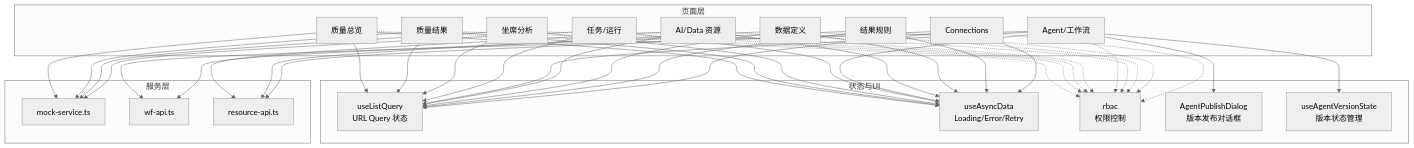
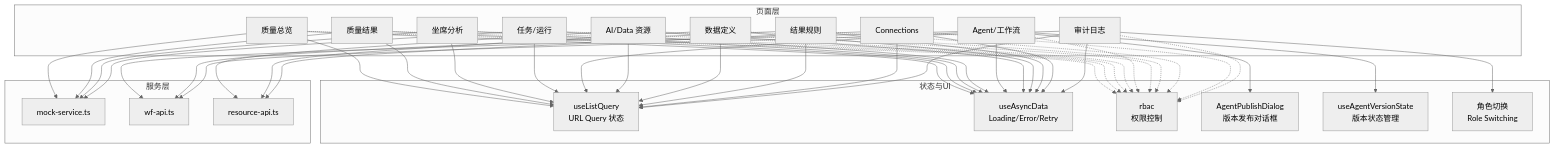
Before and after one commit to huiliuxu780/MoreThanCorn: the second of 5 diagrams in .qoder/repowiki/zh/content/前端架构与页面清单.md, drawn with Mermaid (neutral theme). The commit also changed other lines of this file and 125 other files, not shown here.

````diff
--- a/.qoder/repowiki/zh/content/前端架构与页面清单.md
+++ b/.qoder/repowiki/zh/content/前端架构与页面清单.md
@@ -111,64 +120,71 @@
 ```mermaid
 graph TB
 subgraph "页面层"
 QO["质量总览"]
 QR["质量结果"]
 AA["坐席分析"]
 TK["任务/运行"]
 AG["Agent/工作流"]
 RS["AI/Data 资源"]
 DR["数据定义"]
 RR["结果规则"]
 CN["Connections"]
+AL["审计日志"]
 end
 subgraph "状态与UI"
 ULQ["useListQuery<br/>URL Query 状态"]
 UAD["useAsyncData<br/>Loading/Error/Retry"]
 RBAC["rbac<br/>权限控制"]
 APD["AgentPublishDialog<br/>版本发布对话框"]
 AVS["useAgentVersionState<br/>版本状态管理"]
+RC["角色切换<br/>Role Switching"]
 end
 subgraph "服务层"
 MS["mock-service.ts"]
 WFA["wf-api.ts"]
 RA["resource-api.ts"]
 end
 QO --> ULQ
 QR --> ULQ
 AA --> ULQ
 TK --> ULQ
 AG --> ULQ
 RS --> ULQ
 DR --> ULQ
 RR --> ULQ
 CN --> ULQ
+AL --> ULQ
 QO --> UAD
 QR --> UAD
 AA --> UAD
 TK --> UAD
 AG --> UAD
 RS --> UAD
 DR --> UAD
 RR --> UAD
 CN --> UAD
+AL --> UAD
 QO --> MS
 QR --> MS
 AA --> MS
 TK --> MS
 AG --> WFA
 RS --> RA
 DR --> RA
 RR --> WFA
 CN --> RA
+AL --> WFA
 QO -.-> RBAC
 QR -.-> RBAC
 AA -.-> RBAC
 TK -.-> RBAC
 AG -.-> RBAC
 RS -.-> RBAC
 DR -.-> RBAC
 RR -.-> RBAC
 CN -.-> RBAC
+AL -.-> RBAC
 AG --> APD
 AG --> AVS
+AL --> RC
 ```
````
